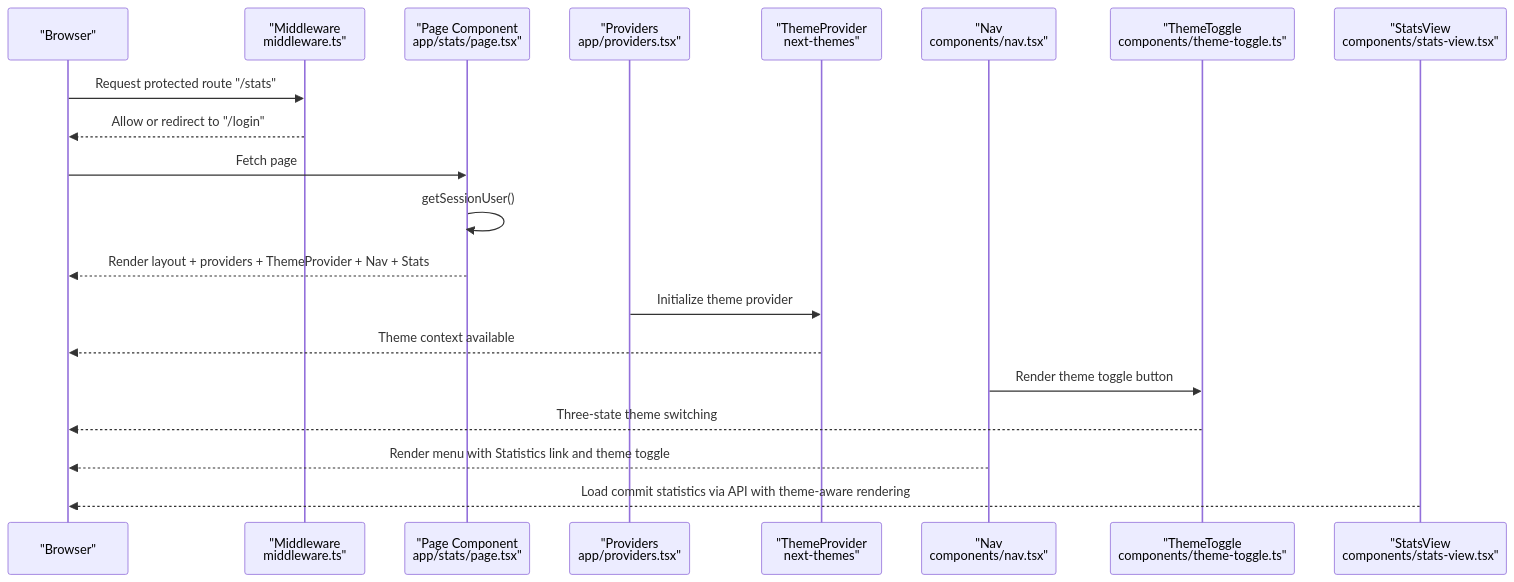
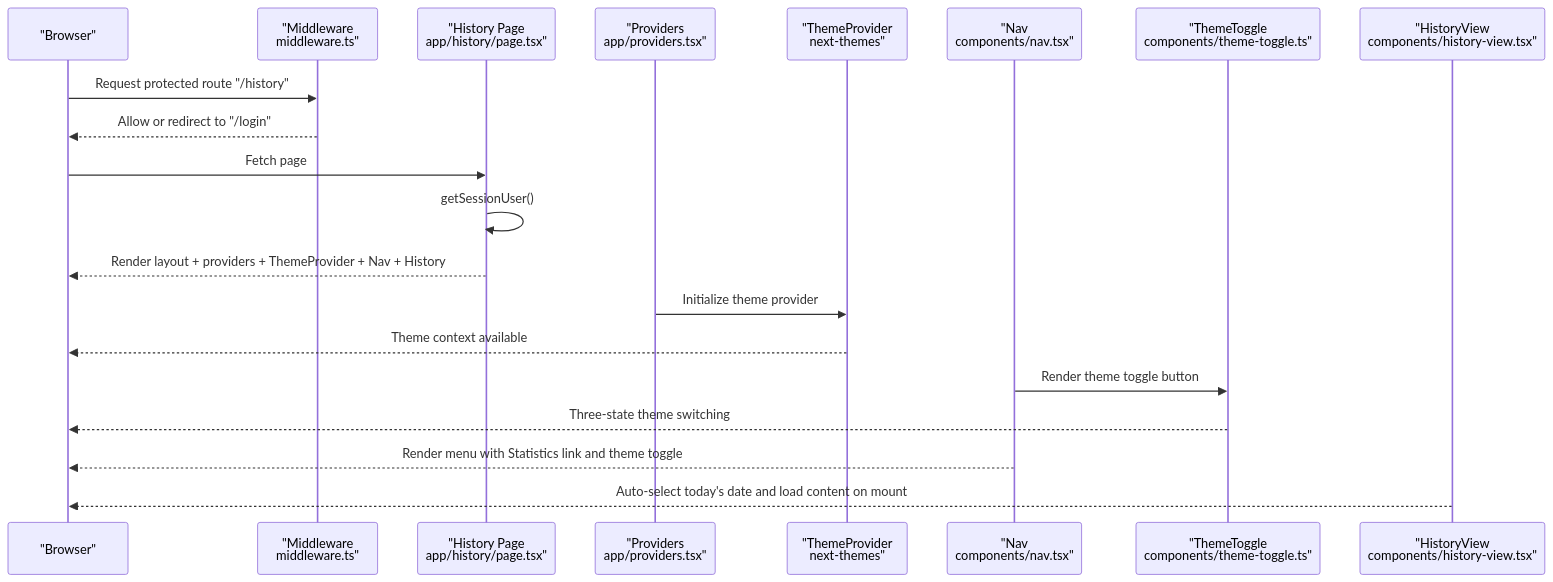
One commit to jrj444/git-daily changed the second of 13 diagrams in .qoder/repowiki/en/content/Frontend Components/Frontend Components.md. Above: the diagram before and after it, drawn with Mermaid. The commit also changed other lines of this file and 4 other files, not shown here.

````diff
--- a/.qoder/repowiki/en/content/Frontend Components/Frontend Components.md
+++ b/.qoder/repowiki/en/content/Frontend Components/Frontend Components.md
@@ -226,22 +232,22 @@
 ```mermaid
 sequenceDiagram
 participant Browser as "Browser"
 participant Middleware as "Middleware<br/>middleware.ts"
-participant Page as "Page Component<br/>app/stats/page.tsx"
+participant Page as "History Page<br/>app/history/page.tsx"
 participant Provider as "Providers<br/>app/providers.tsx"
 participant ThemeProvider as "ThemeProvider<br/>next-themes"
 participant Nav as "Nav<br/>components/nav.tsx"
 participant ThemeToggle as "ThemeToggle<br/>components/theme-toggle.ts"
-participant Stats as "StatsView<br/>components/stats-view.tsx"
-Browser->>Middleware : Request protected route "/stats"
+participant History as "HistoryView<br/>components/history-view.tsx"
+Browser->>Middleware : Request protected route "/history"
 Middleware-->>Browser : Allow or redirect to "/login"
 Browser->>Page : Fetch page
 Page->>Page : getSessionUser()
-Page-->>Browser : Render layout + providers + ThemeProvider + Nav + Stats
+Page-->>Browser : Render layout + providers + ThemeProvider + Nav + History
 Provider->>ThemeProvider : Initialize theme provider
 ThemeProvider-->>Browser : Theme context available
 Nav->>ThemeToggle : Render theme toggle button
 ThemeToggle-->>Browser : Three-state theme switching
 Nav-->>Browser : Render menu with Statistics link and theme toggle
-Stats-->>Browser : Load commit statistics via API with theme-aware rendering
+History-->>Browser : Auto-select today's date and load content on mount
 ```
````
